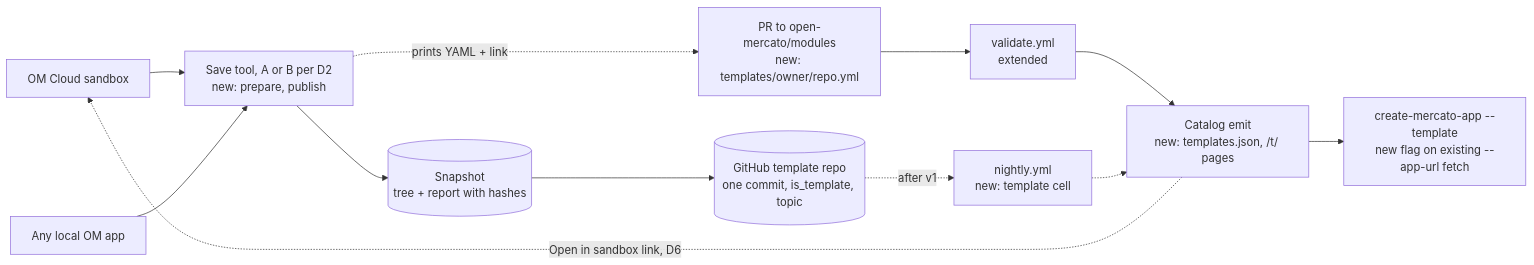
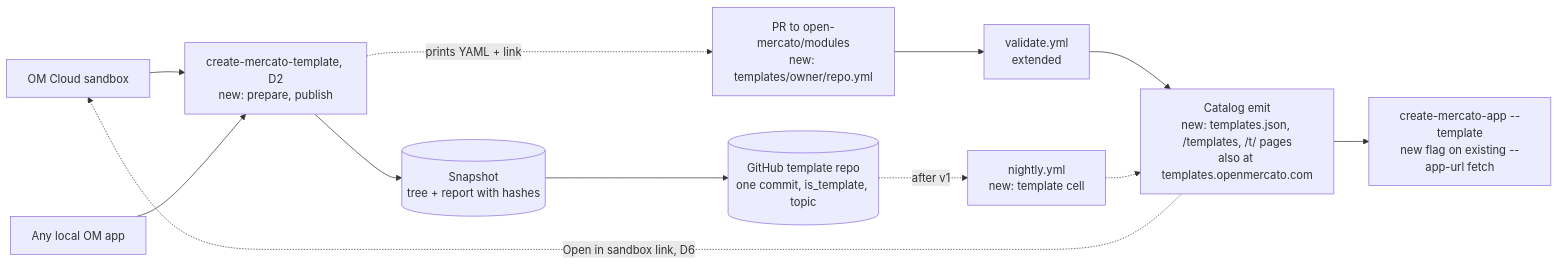
One commit to open-mercato/modules changed the diagram in docs/specs/2026-10-29-templates.md. Above: the diagram before and after it, drawn with Mermaid. The commit also changed other lines of this file, not shown here.

First line of the commit message:
docs(spec): templates revision 5, D2 decided as A and a coming-soon section now

````diff
--- a/docs/specs/2026-10-29-templates.md
+++ b/docs/specs/2026-10-29-templates.md
@@ -104,14 +105,14 @@
 ```mermaid
 flowchart LR
   S[OM Cloud sandbox] --> T
-  L[Any local OM app] --> T[Save tool, A or B per D2<br/>new: prepare, publish]
+  L[Any local OM app] --> T[create-mercato-template, D2<br/>new: prepare, publish]
   T --> X[(Snapshot<br/>tree + report with hashes)]
   X --> R[(GitHub template repo<br/>one commit, is_template, topic)]
   T -. prints YAML + link .-> P[PR to open-mercato/modules<br/>new: templates/owner/repo.yml]
   P --> V[validate.yml<br/>extended]
-  V --> C[Catalog emit<br/>new: templates.json, /t/ pages]
+  V --> C[Catalog emit<br/>new: templates.json, /templates, /t/ pages<br/>also at templates.openmercato.com]
   R -. after v1 .-> N[nightly.yml<br/>new: template cell]
   N -.-> C
   C --> A[create-mercato-app --template<br/>new flag on existing --app-url fetch]
   C -. Open in sandbox link, D6 .-> S
 ```
````
